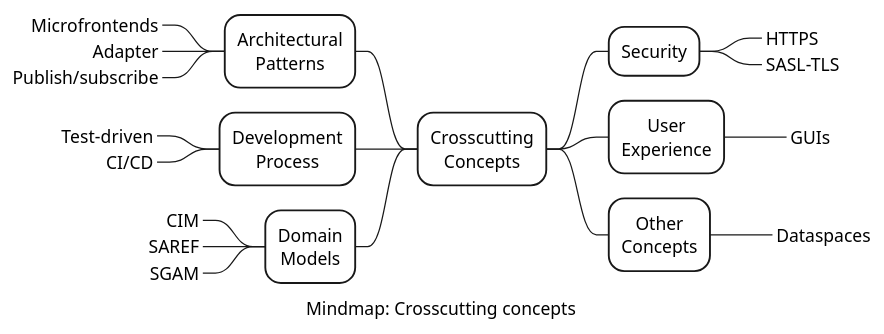
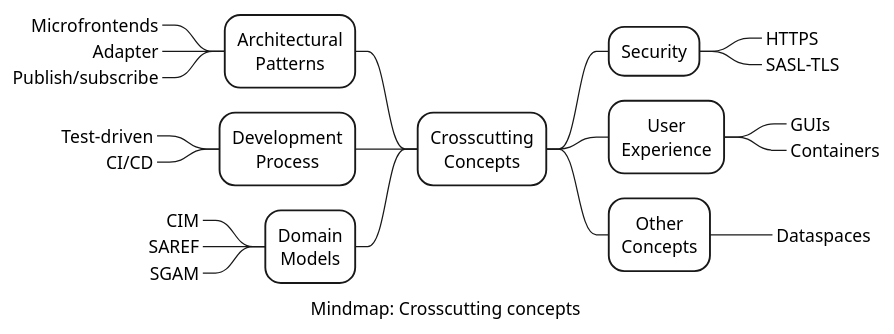
One commit to eddie-energy/architecture changed the diagram in arc42/08-crosscutting-concepts/figures/crosscutting-concepts.puml. Above: the diagram before and after it, drawn with PlantUML. The commit also changed 160 other files, not shown here.

```diff
--- a/arc42/08-crosscutting-concepts/figures/crosscutting-concepts.puml
+++ b/arc42/08-crosscutting-concepts/figures/crosscutting-concepts.puml
@@ -1,36 +1,37 @@
 @startmindmap crosscutting-concepts
 'mindpam diagram
 caption Mindmap: Crosscutting concepts
 
 <style>
 mindmapDiagram {
   node {
     BackgroundColor transparemt
     HorizontalAlignment center
   }
 }
 </style>
 
 * Crosscutting\nConcepts
 
 -- Architectural\nPatterns
 ---_ Microfrontends
 ---_ Adapter
 ---_ Publish/subscribe
 -- Development\nProcess
 ---_ Test-driven
 ---_ CI/CD
 -- Domain\nModels
 ---_ CIM
 ---_ SAREF
 ---_ SGAM
 
 ++ Security
 +++_ HTTPS
 +++_ SASL-TLS
 ++ User\nExperience
 +++_ GUIs
++++_ Containers
 ++ Other\nConcepts
 +++_ Dataspaces
 
 @endmindmap
```
